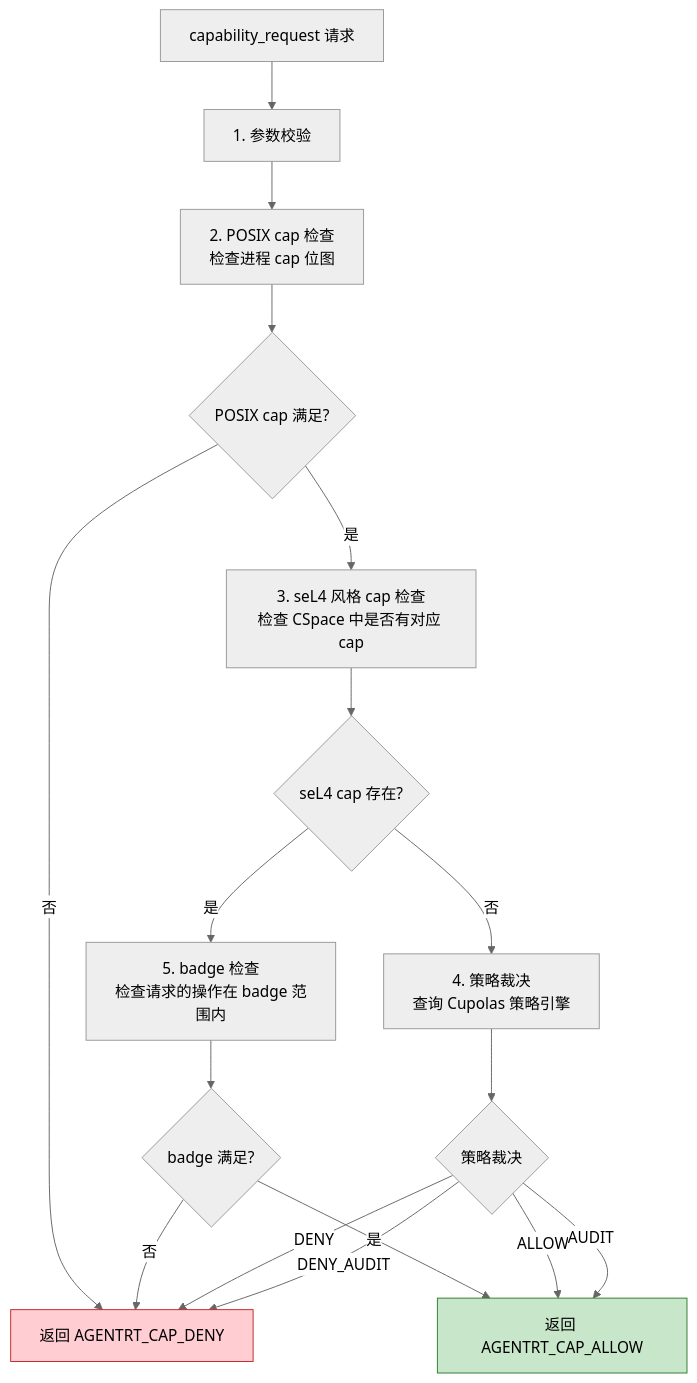
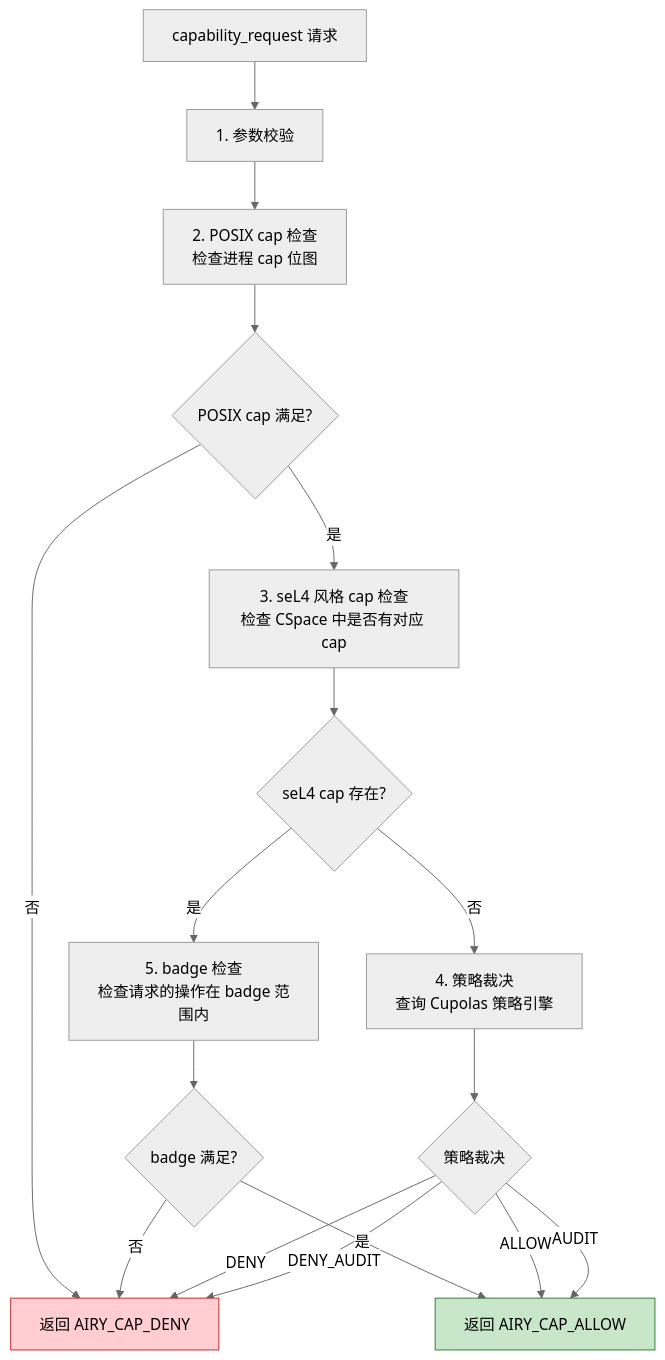
The third of 4 diagrams in 110-security/03-capability-model.md (openairymax/docs-linux), drawn with Mermaid (neutral theme) before and after one commit. The commit also changed other lines of this file and 132 other files, not shown here.

Commit message:
chore: 完成全项目命名空间从agentrt到airy的统一替换 本次提交完成了代码库中所有`agentrt_`相关命名空间、宏定义、标识符的统一替换，改为`airy_`前缀，同时完成了部分文档的排版优化与路径修正： 1. 替换了所有API函数、结构体、宏定义的命名前缀 2. 更新了文档中的示例代码与引用路径

````diff
--- a/110-security/03-capability-model.md
+++ b/110-security/03-capability-model.md
@@ -510,22 +513,22 @@
 ```mermaid
 graph TD
     A[capability_request 请求] --> B[1. 参数校验]
     B --> C[2. POSIX cap 检查<br/>检查进程 cap 位图]
     C --> D{POSIX cap 满足?}
-    D -->|否| E[返回 AGENTRT_CAP_DENY]
+    D -->|否| E[返回 AIRY_CAP_DENY]
     D -->|是| F[3. seL4 风格 cap 检查<br/>检查 CSpace 中是否有对应 cap]
     F --> G{seL4 cap 存在?}
     G -->|否| H[4. 策略裁决<br/>查询 Cupolas 策略引擎]
     G -->|是| I[5. badge 检查<br/>检查请求的操作在 badge 范围内]
     H --> J{策略裁决}
     I --> K{badge 满足?}
     K -->|否| E
-    K -->|是| L[返回 AGENTRT_CAP_ALLOW]
+    K -->|是| L[返回 AIRY_CAP_ALLOW]
     J -->|ALLOW| L
     J -->|DENY| E
     J -->|AUDIT| L
     J -->|DENY_AUDIT| E
 
     style E fill:#ffcdd2,stroke:#c62828
     style L fill:#c8e6c9,stroke:#2e7d32
 ```
````
